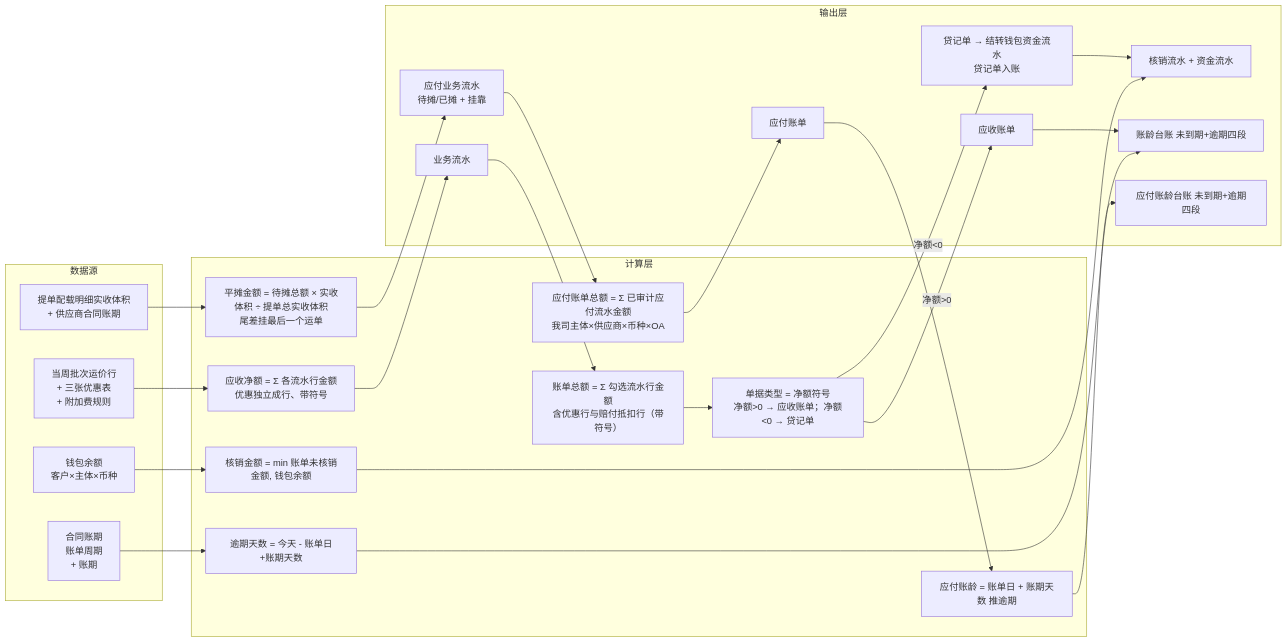
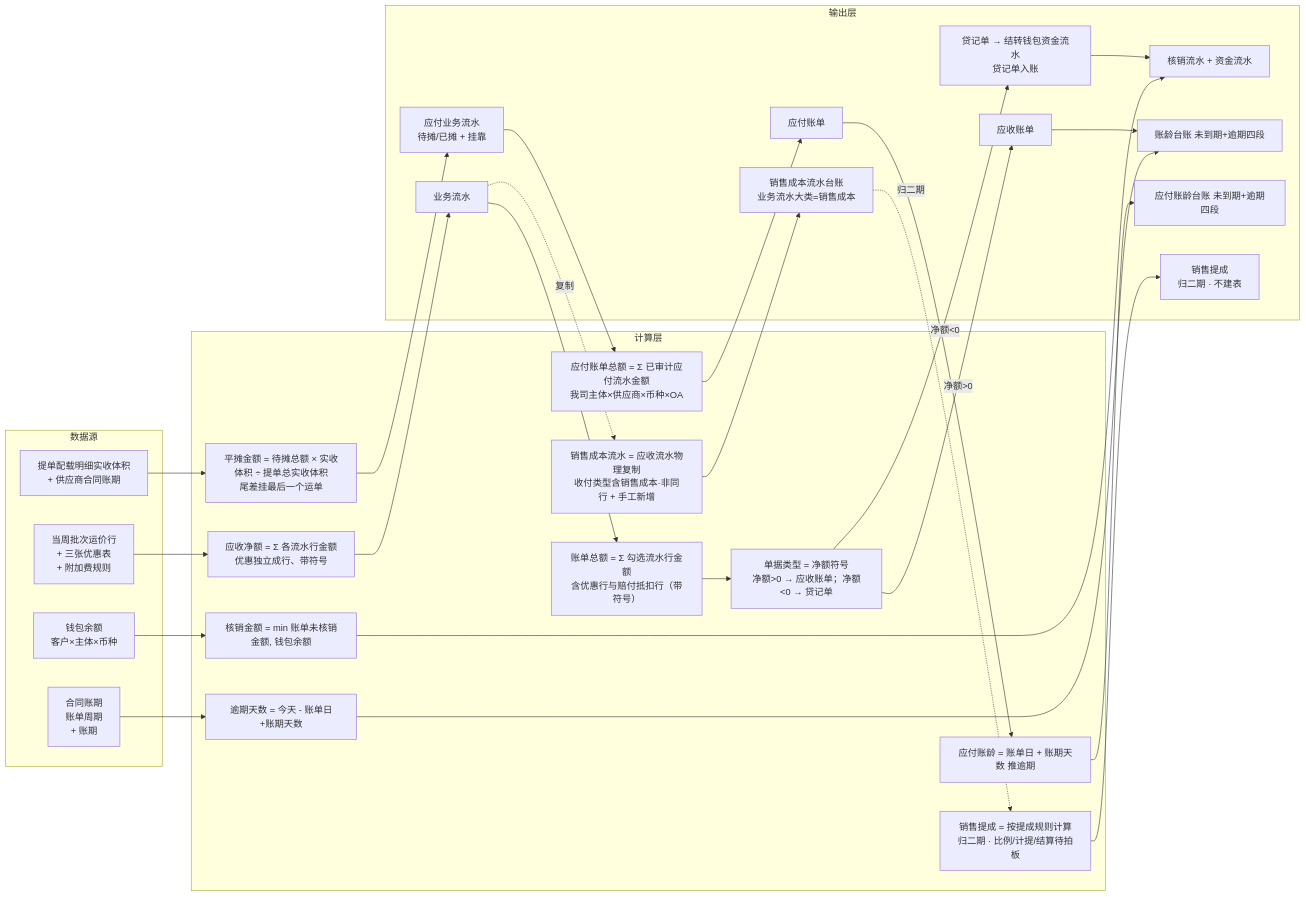
The second of 9 diagrams in 0-产品经理使用IDE/drafts/财务/2026-09-27-产品文档.md (zhangwen960722/luna-daily), drawn with Mermaid before and after one commit. The commit also changed other lines of this file and 14 other files, not shown here.

````diff
--- a/0-产品经理使用IDE/drafts/财务/2026-09-27-产品文档.md
+++ b/0-产品经理使用IDE/drafts/财务/2026-09-27-产品文档.md
@@ -177,40 +220,46 @@
 ```mermaid
 flowchart LR
     subgraph 数据源
         D1[当周批次运价行<br/>+ 三张优惠表<br/>+ 附加费规则]
         D2[合同账期<br/>账单周期<br/>+ 账期]
         D3[钱包余额<br/>客户×主体×币种]
         D4[提单配载明细实收体积<br/>+ 供应商合同账期]
     end
     subgraph 计算层
         C1[应收净额 = Σ 各流水行金额<br/>优惠独立成行、带符号]
         C2[账单总额 = Σ 勾选流水行金额<br/>含优惠行与赔付抵扣行（带符号）]
         C3[核销金额 = min 账单未核销金额, 钱包余额]
         C4[逾期天数 = 今天 - 账单日+账期天数]
         C5[单据类型 = 净额符号<br/>净额>0 → 应收账单；净额<0 → 贷记单]
         C6[平摊金额 = 待摊总额 × 实收体积 ÷ 提单总实收体积<br/>尾差挂最后一个运单]
         C7[应付账单总额 = Σ 已审计应付流水金额<br/>我司主体×供应商×币种×OA]
         C8[应付账龄 = 账单日 + 账期天数 推逾期]
+        C9[销售成本流水 = 应收流水物理复制<br/>收付类型含销售成本·非同行 + 手工新增]
+        C10[销售提成 = 按提成规则计算<br/>归二期 · 比例/计提/结算待拍板]
     end
     subgraph 输出层
         O1[业务流水]
         O2[应收账单]
         O3[核销流水 + 资金流水]
         O4[账龄台账 未到期+逾期四段]
         O5[贷记单 → 结转钱包资金流水<br/>贷记单入账]
         O6[应付业务流水<br/>待摊/已摊 + 挂靠]
         O7[应付账单]
         O8[应付账龄台账 未到期+逾期四段]
+        O9[销售成本流水台账<br/>业务流水大类=销售成本]
+        O10[销售提成<br/>归二期 · 不建表]
     end
     D1 --> C1 --> O1
     D2 --> C4 --> O4
     D3 --> C3 --> O3
     O1 --> C2 --> C5
     C5 -->|净额>0| O2
     O2 --> O4
     C5 -->|净额<0| O5
     O5 --> O3
     D4 --> C6 --> O6
     O6 --> C7 --> O7
     O7 --> C8 --> O8
+    O1 -.复制.-> C9 --> O9
+    O9 -.归二期.-> C10 --> O10
 ```
````
